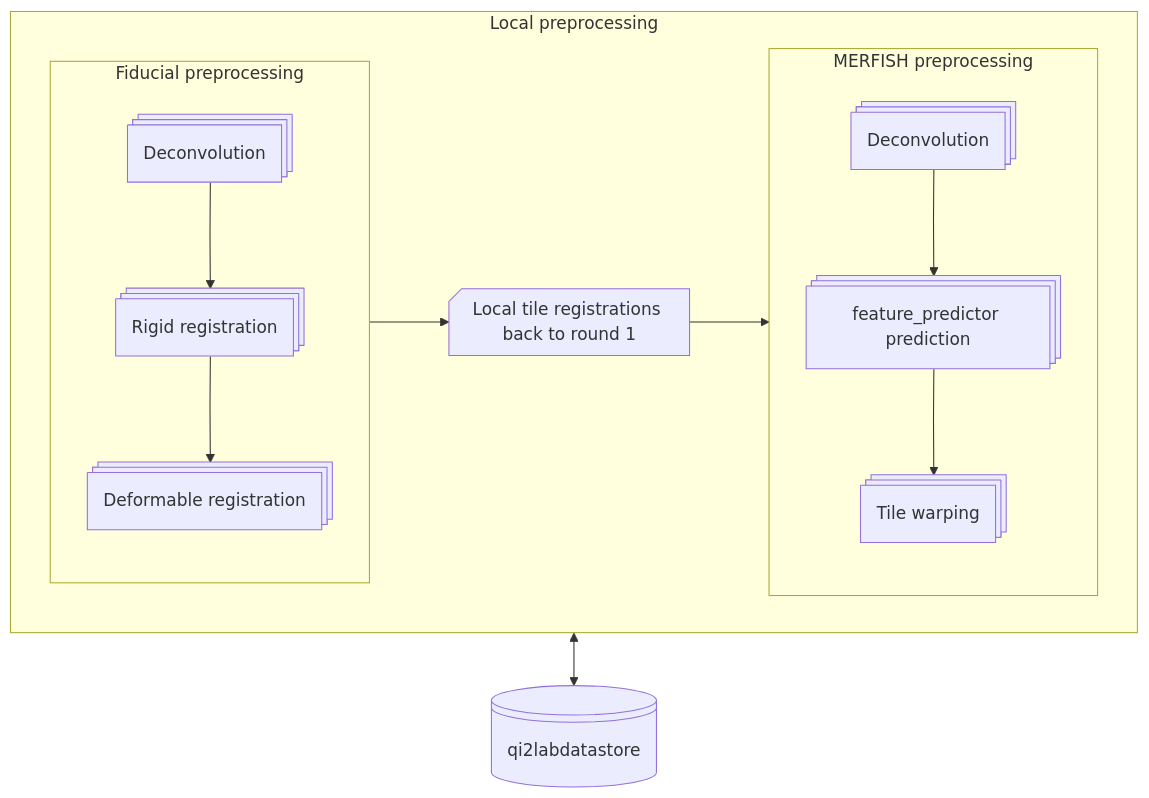
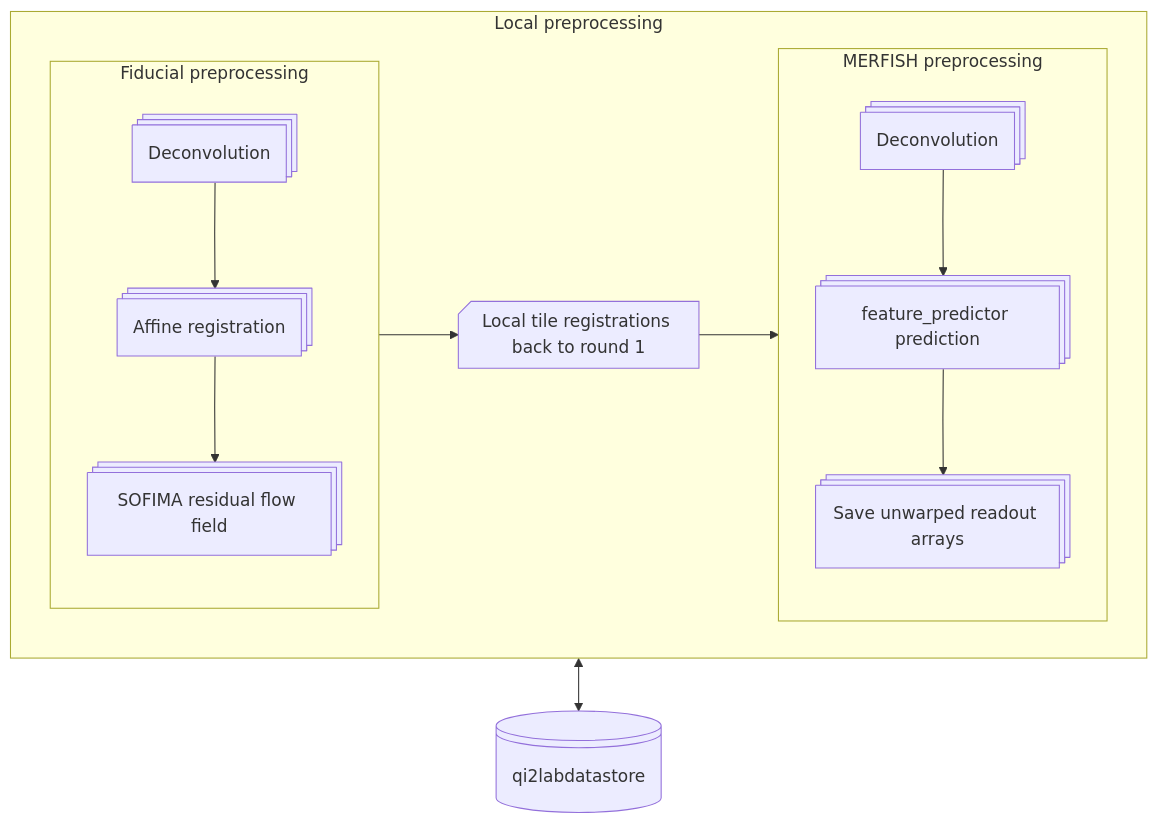
Before and after one commit to QI2lab/merfish3d-analysis: the third of 6 diagrams in docs/workflow.md, drawn with Mermaid. The commit also changed other lines of this file and 8 other files, not shown here.

````diff
--- a/docs/workflow.md
+++ b/docs/workflow.md
@@ -60,36 +60,36 @@
 ```mermaid
 %%{init: { "theme": "default", "themeVariables": { "htmlLabels": true, "curve": "linear", "layout": "elk" } } }%%
 flowchart TD
  subgraph s2["MERFISH preprocessing"]
         n17["Deconvolution"]
         n18["feature_predictor prediction"]
-        n19["Tile warping"]
+        n19["Save unwarped readout arrays"]
   end
  subgraph s3["Fiducial preprocessing"]
         n14["Deconvolution"]
-        n15["Rigid registration"]
-        n16["Deformable registration"]
+        n15["Affine registration"]
+        n16["SOFIMA residual flow field"]
   end
  subgraph s1["Local preprocessing"]
         s2
         s3
         n1["Local tile registrations back to round 1"]
   end
   n13["qi2labdatastore"]
    
     s3 --> n1
     n1 --> s2
     s1 <--> n13
     n14 --> n15
     n15 --> n16
     n17 --> n18
     n18 --> n19
     n1@{ shape: notch-rect}
     n13@{ shape: lin-cyl}
     n14@{ shape: procs}
     n15@{ shape: procs}
     n16@{ shape: procs}
     n17@{ shape: procs}
     n18@{ shape: procs}
     n19@{ shape: procs}
 ```
````
